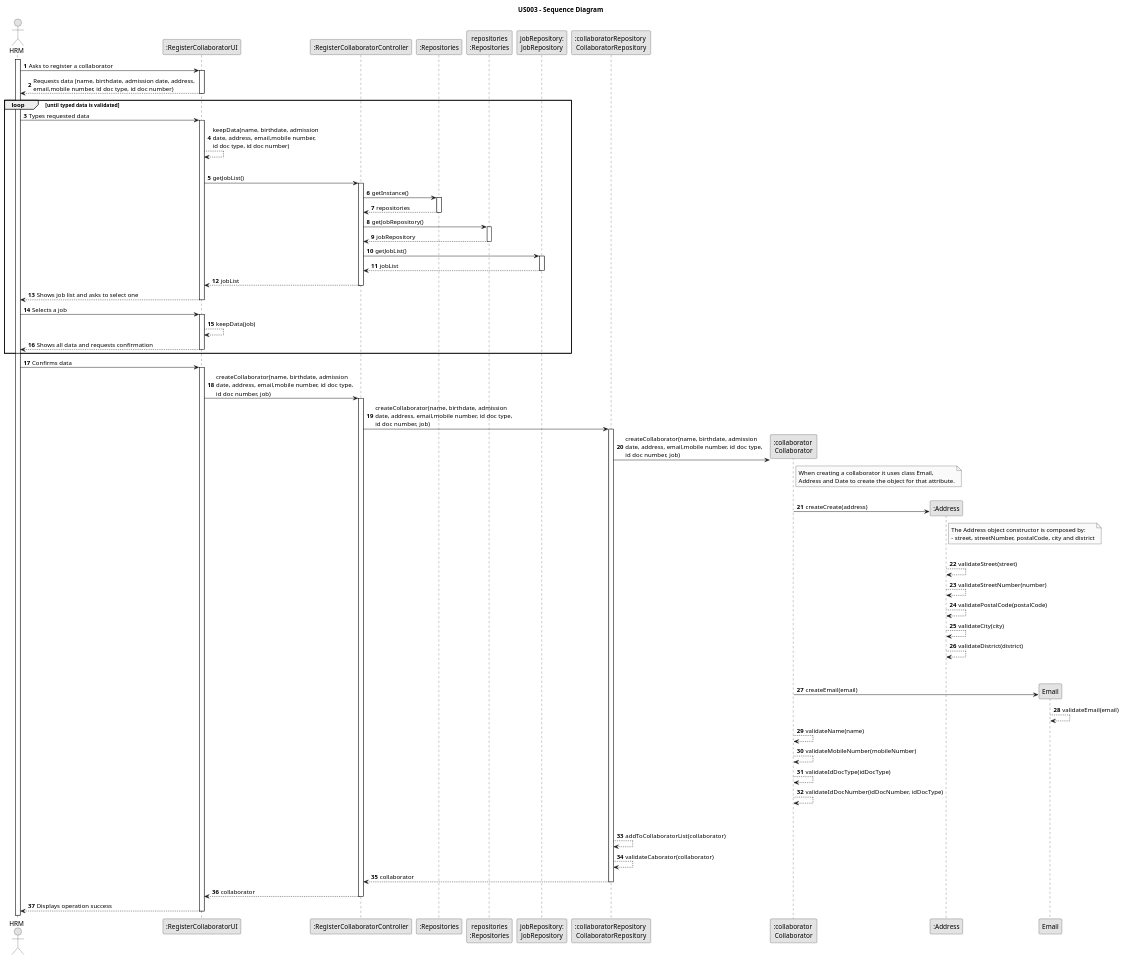
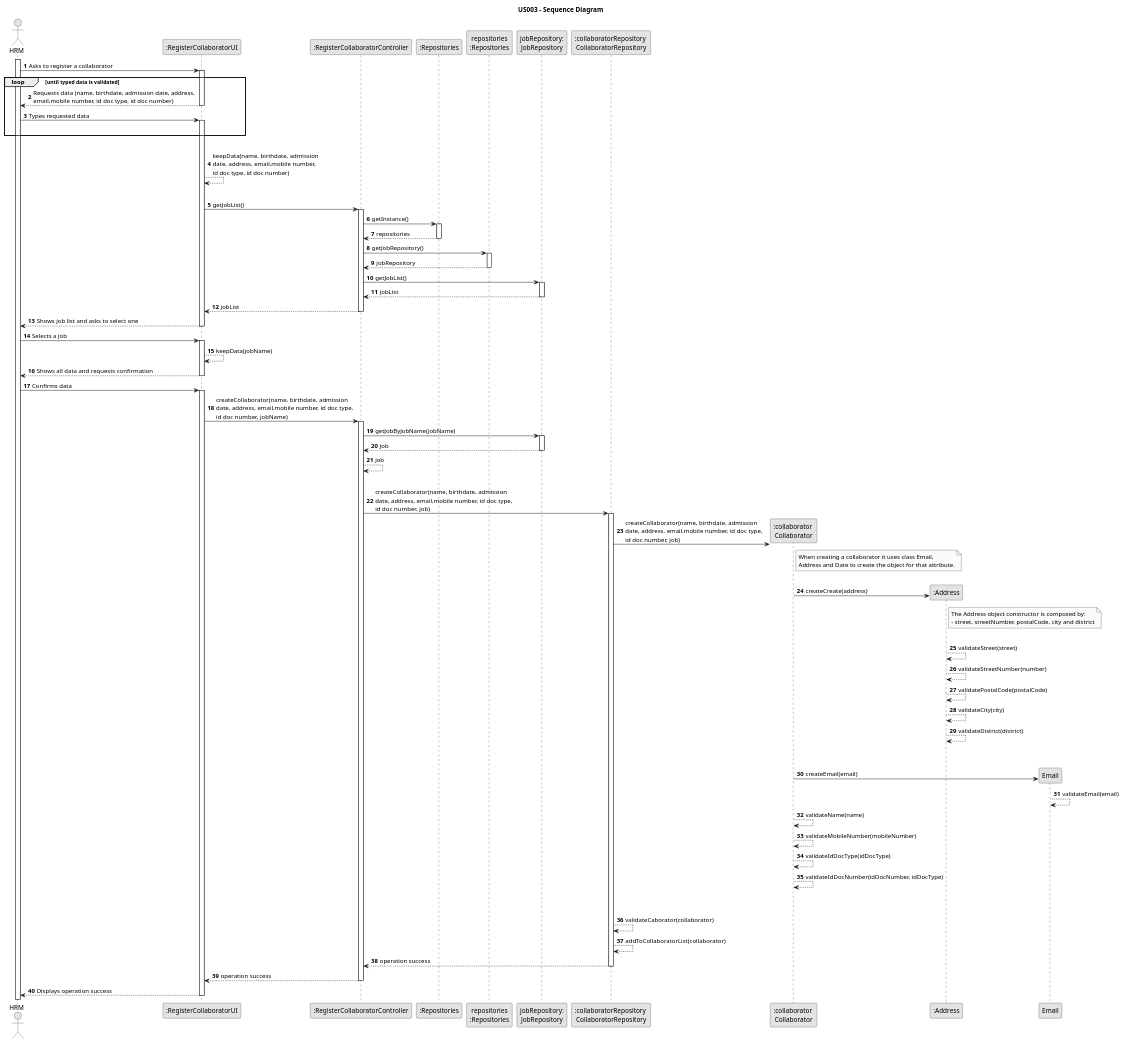
Before and after one commit to Rui-San/LAPR2_2023_2024: the diagram in docs/sprintB/us003/03.design/puml/us003-sequence-diagram.puml, drawn with PlantUML.

Commit message:
US003 Sequence Diagram:
Added the method to obtain Job object by job name (job description selected in user interface).
Also generated updated svg

```diff
--- a/docs/sprintB/us003/03.design/puml/us003-sequence-diagram.puml
+++ b/docs/sprintB/us003/03.design/puml/us003-sequence-diagram.puml
@@ -1,130 +1,147 @@
 @startuml
 skinparam monochrome true
 skinparam packageStyle rectangle
 skinparam shadowing false
 
 title US003 - Sequence Diagram
 
 autonumber
 
 actor "HRM" as HRM
 participant ":RegisterCollaboratorUI" as UI
 participant ":RegisterCollaboratorController" as CTRL
 participant ":Repositories" as RepositorySingleton
 participant "repositories\n:Repositories" as PLAT
 participant "jobRepository:\nJobRepository" as JobRepository
 participant ":collaboratorRepository \nCollaboratorRepository" as COLREP
 participant ":collaborator \nCollaborator" as COL
 participant ":Address" as Address
 
 activate HRM
 
     HRM -> UI : Asks to register a collaborator
 
     activate UI
+    loop until typed data is validated
 
         UI --> HRM : Requests data (name, birthdate, admission date, address, \nemail,mobile number, id doc type, id doc number)
     deactivate UI
 
-    loop until typed data is validated
+
 
     HRM -> UI : Types requested data
 
+
     activate UI
+    |||
+
+    end
+    |||
         UI --> UI : keepData(name, birthdate, admission\ndate, address, email,mobile number,\nid doc type, id doc number)
         |||
         UI -> CTRL : getJobList()
 
 
         activate CTRL
 
             CTRL -> RepositorySingleton : getInstance()
 
             activate RepositorySingleton
 
             RepositorySingleton --> CTRL : repositories
             deactivate RepositorySingleton
 
             CTRL -> PLAT : getJobRepository()
             activate PLAT
 
             PLAT --> CTRL : jobRepository
             deactivate PLAT
 
             CTRL -> JobRepository : getJobList()
             activate JobRepository
 
             JobRepository --> CTRL : jobList
             deactivate JobRepository
 
             CTRL --> UI : jobList
         deactivate CTRL
 
         UI --> HRM : Shows job list and asks to select one
     deactivate UI
 
     HRM -> UI : Selects a job
 
     activate UI
 
-        UI --> UI : keepData(job)
+        UI --> UI : keepData(jobName)
         UI --> HRM : Shows all data and requests confirmation
     deactivate UI
-    end
+
 
     HRM -> UI : Confirms data
 
     activate UI
 
-        UI -> CTRL : createCollaborator(name, birthdate, admission\ndate, address, email,mobile number, id doc type,\nid doc number, job)
+        UI -> CTRL : createCollaborator(name, birthdate, admission\ndate, address, email,mobile number, id doc type,\nid doc number, jobName)
         activate CTRL
+
+            CTRL -> JobRepository : getJobByJobName(jobName)
+
+            activate JobRepository
+
+            JobRepository --> CTRL : job
+
+            deactivate JobRepository
+            CTRL --> CTRL : job
+
+            |||
 
             CTRL -> COLREP : createCollaborator(name, birthdate, admission\ndate, address, email,mobile number, id doc type,\nid doc number, job)
             activate COLREP
 
                 COLREP -> COL** : createCollaborator(name, birthdate, admission\ndate, address, email,mobile number, id doc type,\nid doc number, job)
                 note right of COL : When creating a collaborator it uses class Email,\nAddress and Date to create the object for that attribute.
 
                |||
                 COL -> Address** : createCreate(address)
 
                 note right of Address: The Address object constructor is composed by:\n- street, streetNumber, postalCode, city and district
                 |||
                 Address --> Address : validateStreet(street)
                 Address --> Address : validateStreetNumber(number)
                 Address --> Address : validatePostalCode(postalCode)
                 Address --> Address : validateCity(city)
                 Address --> Address : validateDistrict(district)
 
                 |||
                 |||
 
 
 
                 COL -> Email** : createEmail(email)
 
                 Email --> Email : validateEmail(email)
                 COL --> COL : validateName(name)
                 COL --> COL : validateMobileNumber(mobileNumber)
                 COL --> COL : validateIdDocType(idDocType)
                 COL --> COL : validateIdDocNumber(idDocNumber, idDocType)
 
 
                 |||
                 |||
 
+                COLREP --> COLREP : validateCaborator(collaborator)
                 COLREP --> COLREP : addToCollaboratorList(collaborator)
-                COLREP --> COLREP : validateCaborator(collaborator)
-                COLREP --> CTRL : collaborator
+                COLREP --> CTRL : operation success
 
             deactivate COLREP
 
-            CTRL --> UI : collaborator
+            CTRL --> UI : operation success
         deactivate CTRL
 
         UI --> HRM : Displays operation success
     deactivate UI
 
 
 
 @enduml
```
